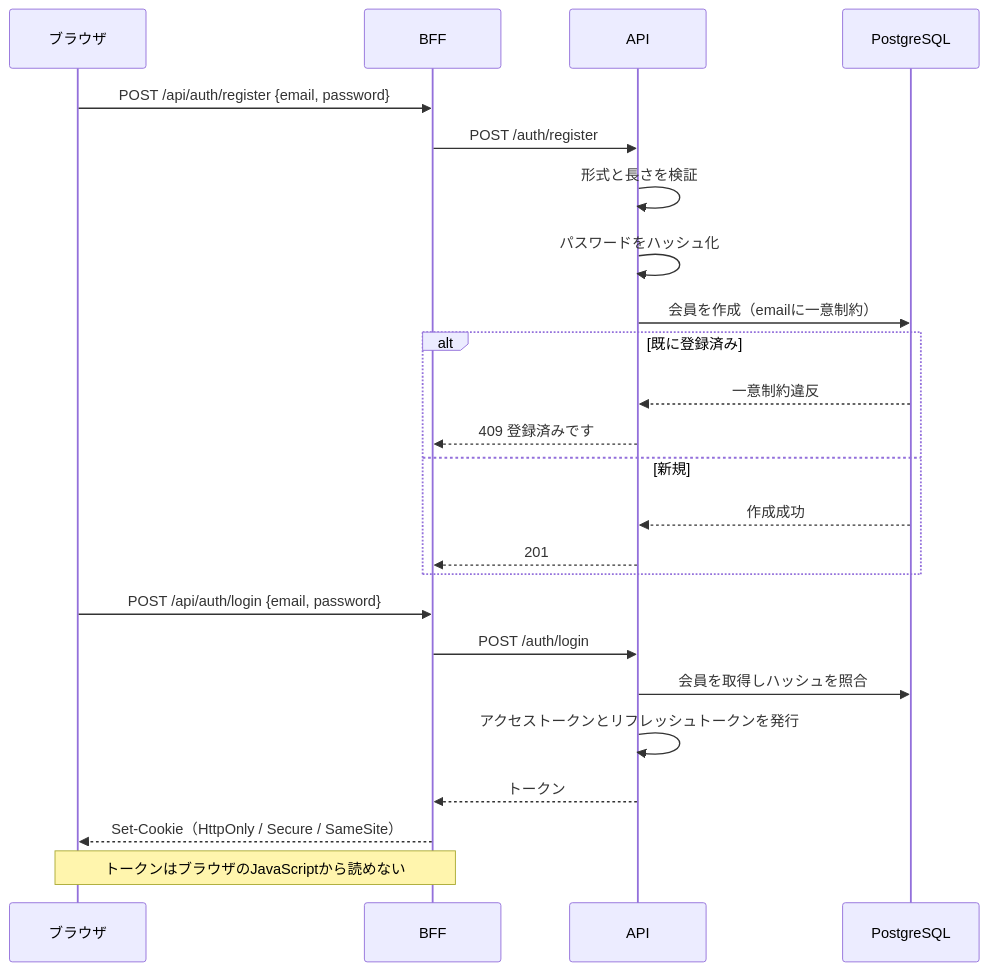
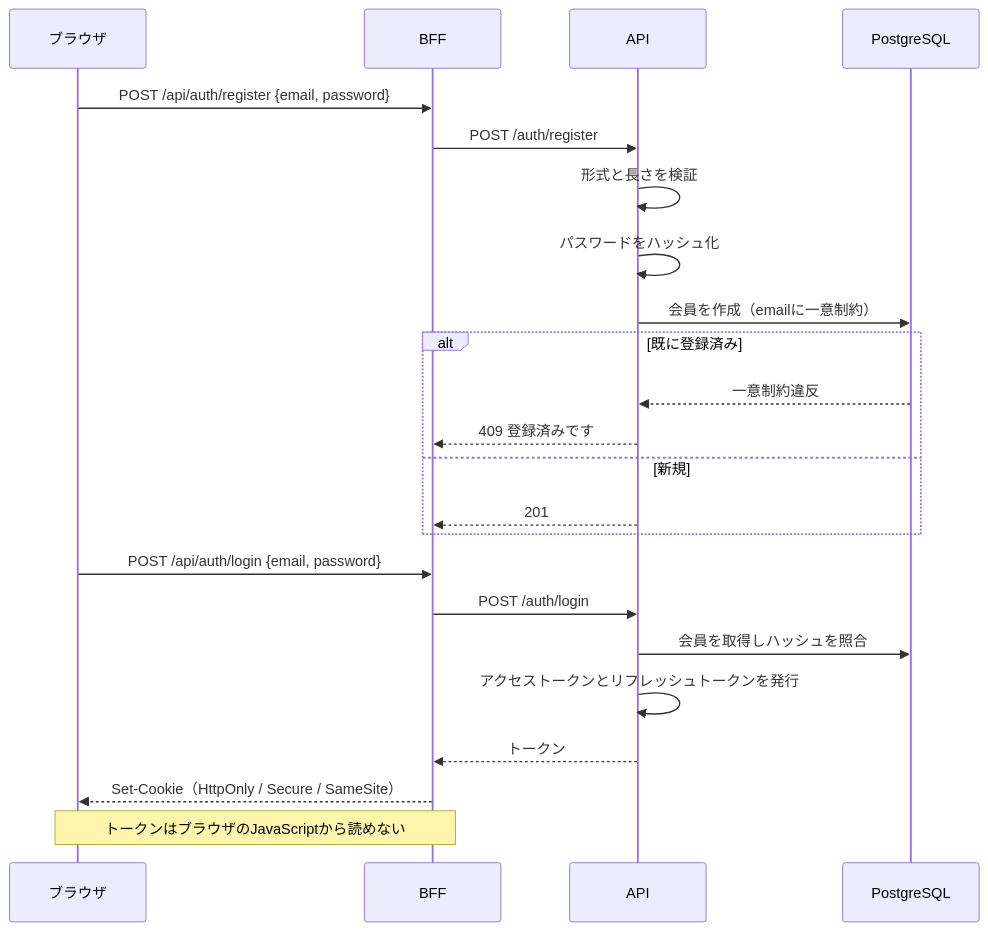
One commit to Nagaoka122/tech0-lv3-ec changed the fourth of 11 diagrams in 設計仕様書.md. Above: the diagram before and after it, drawn with Mermaid. The commit also changed other lines of this file and 3 other files, not shown here.

````diff
--- a/設計仕様書.md
+++ b/設計仕様書.md
@@ -141,27 +179,26 @@
 ```mermaid
 sequenceDiagram
     participant B as ブラウザ
     participant F as BFF
     participant A as API
     participant D as PostgreSQL
 
     B->>F: POST /api/auth/register {email, password}
     F->>A: POST /auth/register
     A->>A: 形式と長さを検証
     A->>A: パスワードをハッシュ化
     A->>D: 会員を作成（emailに一意制約）
     alt 既に登録済み
         D-->>A: 一意制約違反
         A-->>F: 409 登録済みです
     else 新規
-        D-->>A: 作成成功
         A-->>F: 201
     end
     B->>F: POST /api/auth/login {email, password}
     F->>A: POST /auth/login
     A->>D: 会員を取得しハッシュを照合
     A->>A: アクセストークンとリフレッシュトークンを発行
     A-->>F: トークン
     F-->>B: Set-Cookie（HttpOnly / Secure / SameSite）
     Note over F,B: トークンはブラウザのJavaScriptから読めない
 ```
````
